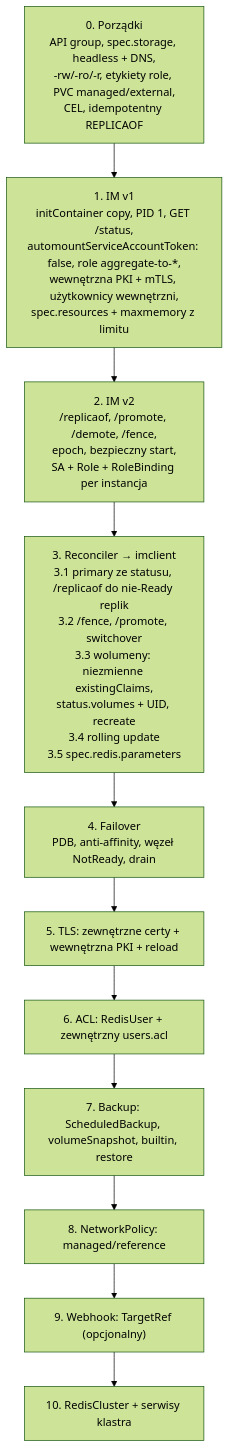
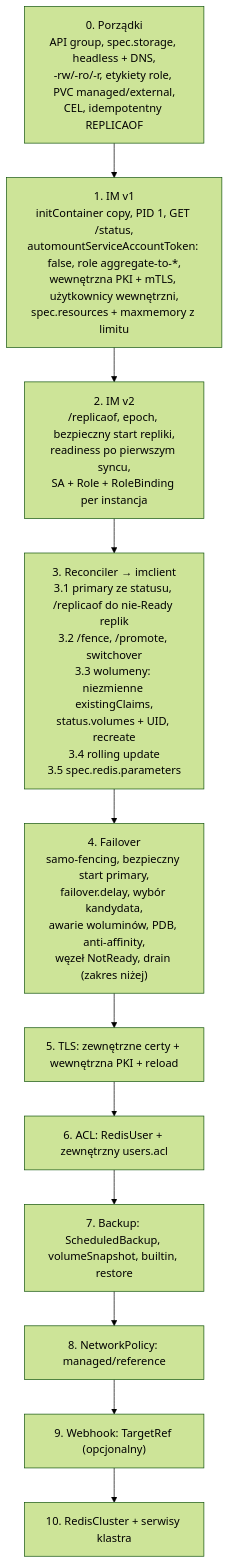
One commit to MrPickle311/redis-operator changed the ninth of 9 diagrams in redis-operator-master-plan.md. Above: the diagram before and after it, drawn with Mermaid (forest theme). The commit also changed other lines of this file and 11 other files, not shown here.

````diff
--- a/redis-operator-master-plan.md
+++ b/redis-operator-master-plan.md
@@ -868,15 +885,15 @@
 ```mermaid
 graph TD
     S0["0. Porządki<br/>API group, spec.storage, headless + DNS,<br/>-rw/-ro/-r, etykiety role, PVC managed/external,<br/>CEL, idempotentny REPLICAOF"]
     S1["1. IM v1<br/>initContainer copy, PID 1, GET /status,<br/>automountServiceAccountToken: false, role aggregate-to-*,<br/>wewnętrzna PKI + mTLS, użytkownicy wewnętrzni,<br/>spec.resources + maxmemory z limitu"]
-    S2["2. IM v2<br/>/replicaof, /promote, /demote, /fence,<br/>epoch, bezpieczny start,<br/>SA + Role + RoleBinding per instancja"]
+    S2["2. IM v2<br/>/replicaof, epoch, bezpieczny start repliki,<br/>readiness po pierwszym syncu,<br/>SA + Role + RoleBinding per instancja"]
     S3["3. Reconciler → imclient<br/>3.1 primary ze statusu, /replicaof do nie-Ready replik<br/>3.2 /fence, /promote, switchover<br/>3.3 wolumeny: niezmienne existingClaims,<br/>status.volumes + UID, recreate<br/>3.4 rolling update<br/>3.5 spec.redis.parameters"]
-    S4["4. Failover<br/>PDB, anti-affinity, węzeł NotReady, drain"]
+    S4["4. Failover<br/>samo-fencing, bezpieczny start primary,<br/>failover.delay, wybór kandydata,<br/>awarie woluminów, PDB, anti-affinity,<br/>węzeł NotReady, drain (zakres niżej)"]
     S5["5. TLS: zewnętrzne certy + wewnętrzna PKI + reload"]
     S6["6. ACL: RedisUser + zewnętrzny users.acl"]
     S7["7. Backup: ScheduledBackup, volumeSnapshot, builtin, restore"]
     S8["8. NetworkPolicy: managed/reference"]
     S9["9. Webhook: TargetRef (opcjonalny)"]
     S10["10. RedisCluster + serwisy klastra"]
     S0 --> S1 --> S2 --> S3 --> S4 --> S5 --> S6 --> S7 --> S8 --> S9 --> S10
 ```
````
